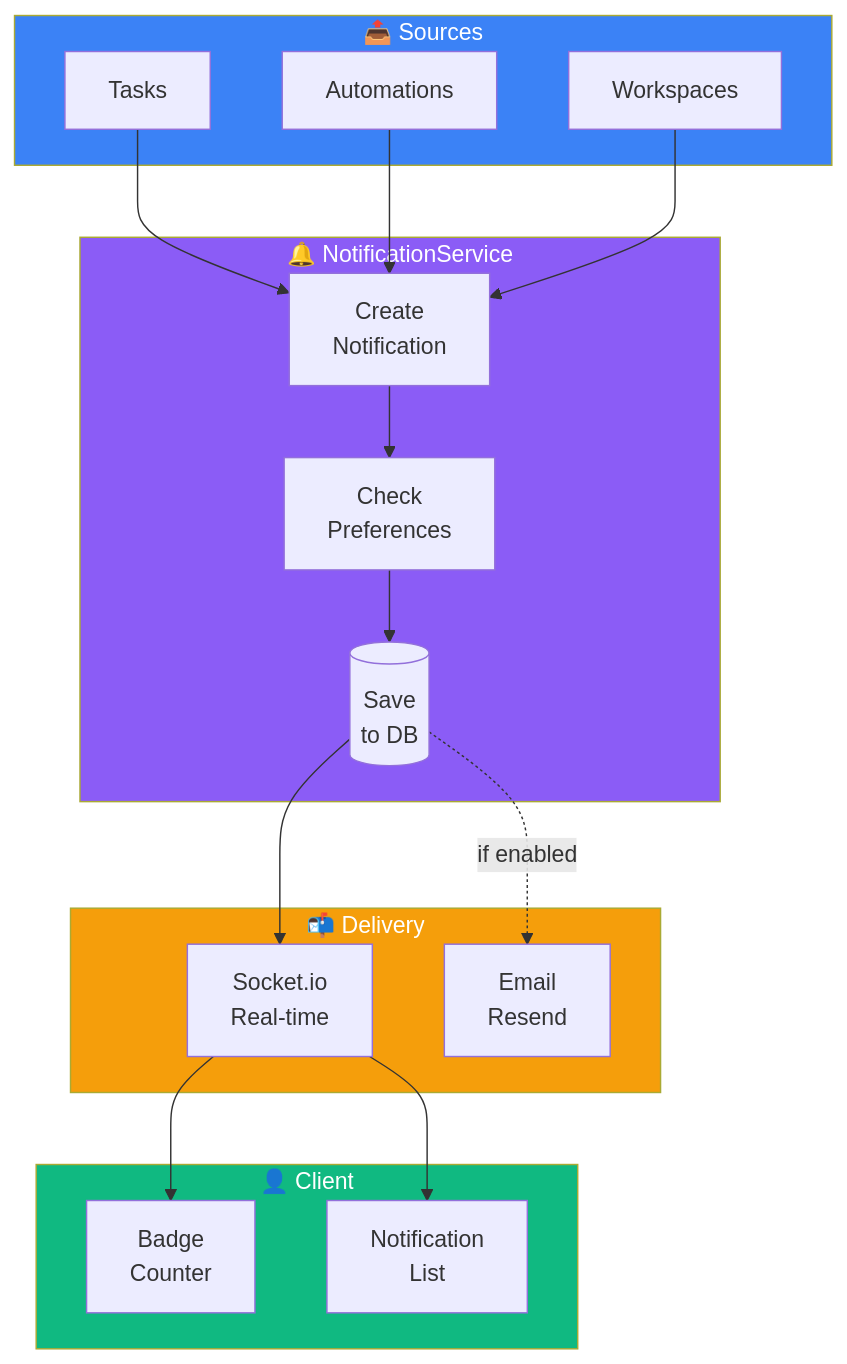
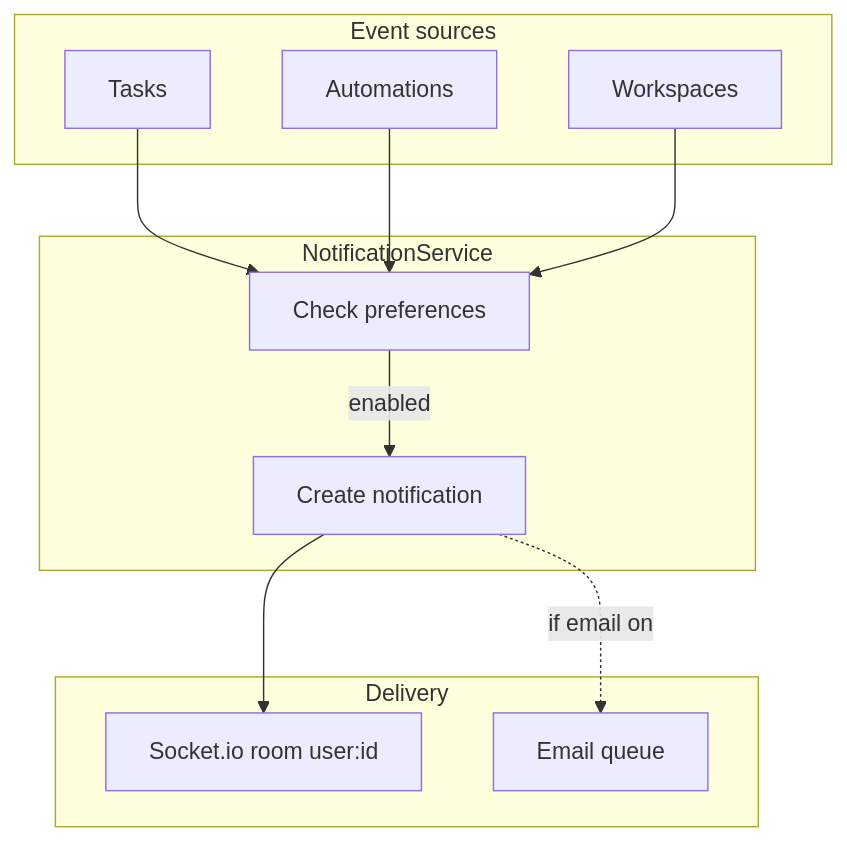
Diagram 11 of 15 in BOOK.en.md (felipefontoura/spec-driven-development-book), drawn with Mermaid before and after one commit. The commit also changed other lines of this file and 4 other files, not shown here.

````diff
--- a/BOOK.en.md
+++ b/BOOK.en.md
@@ -2202,41 +2731,29 @@
 ```mermaid
 flowchart TB
-    subgraph SOURCES["📤 Sources"]
+    subgraph SRC["Event sources"]
         T[Tasks]
         A[Automations]
         W[Workspaces]
     end
 
-    subgraph SERVICE["🔔 NotificationService"]
-        CREATE[Create<br/>Notification]
-        CHECK[Check<br/>Preferences]
-        SAVE[(Save<br/>to DB)]
+    subgraph NS["NotificationService"]
+        CHECK[Check preferences]
+        CREATE[Create notification]
     end
 
-    subgraph DELIVERY["📬 Delivery"]
-        WS[Socket.io<br/>Real-time]
-        EMAIL[Email<br/>Resend]
+    subgraph DEL["Delivery"]
+        WS[Socket.io room user:id]
+        EM[Email queue]
     end
 
-    subgraph CLIENT["👤 Client"]
-        BADGE[Badge<br/>Counter]
-        LIST[Notification<br/>List]
-    end
+    T --> CHECK
+    A --> CHECK
+    W --> CHECK
+    CHECK -->|enabled| CREATE
+    CREATE --> WS
+    CREATE -.->|if email on| EM
 
-    T --> CREATE
-    A --> CREATE
-    W --> CREATE
-
-    CREATE --> CHECK
-    CHECK --> SAVE
-    SAVE --> WS
-    SAVE -.->|if enabled| EMAIL
-
-    WS --> BADGE
-    WS --> LIST
-
-    style SOURCES fill:#3b82f6,color:#fff
-    style SERVICE fill:#8b5cf6,color:#fff
-    style DELIVERY fill:#f59e0b,color:#fff
-    style CLIENT fill:#10b981,color:#fff
+    class CHECK,CREATE accent;
+    class WS,EM soft;
+    class T,A,W neutral;
 ```
````
